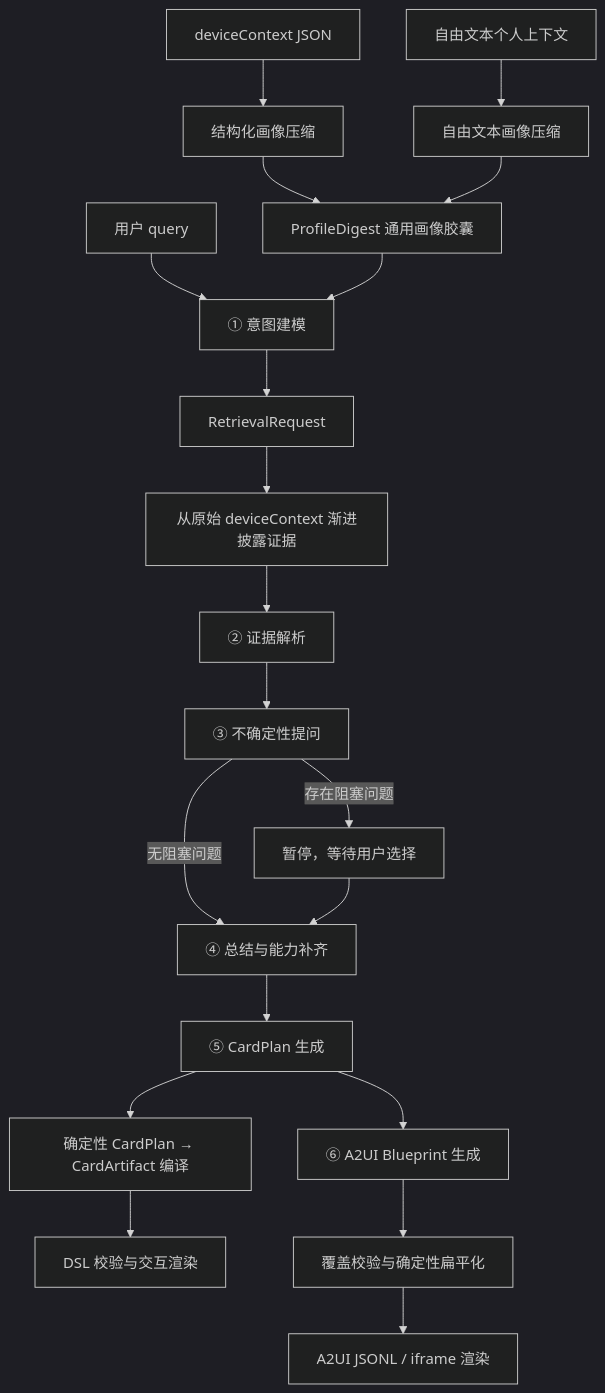
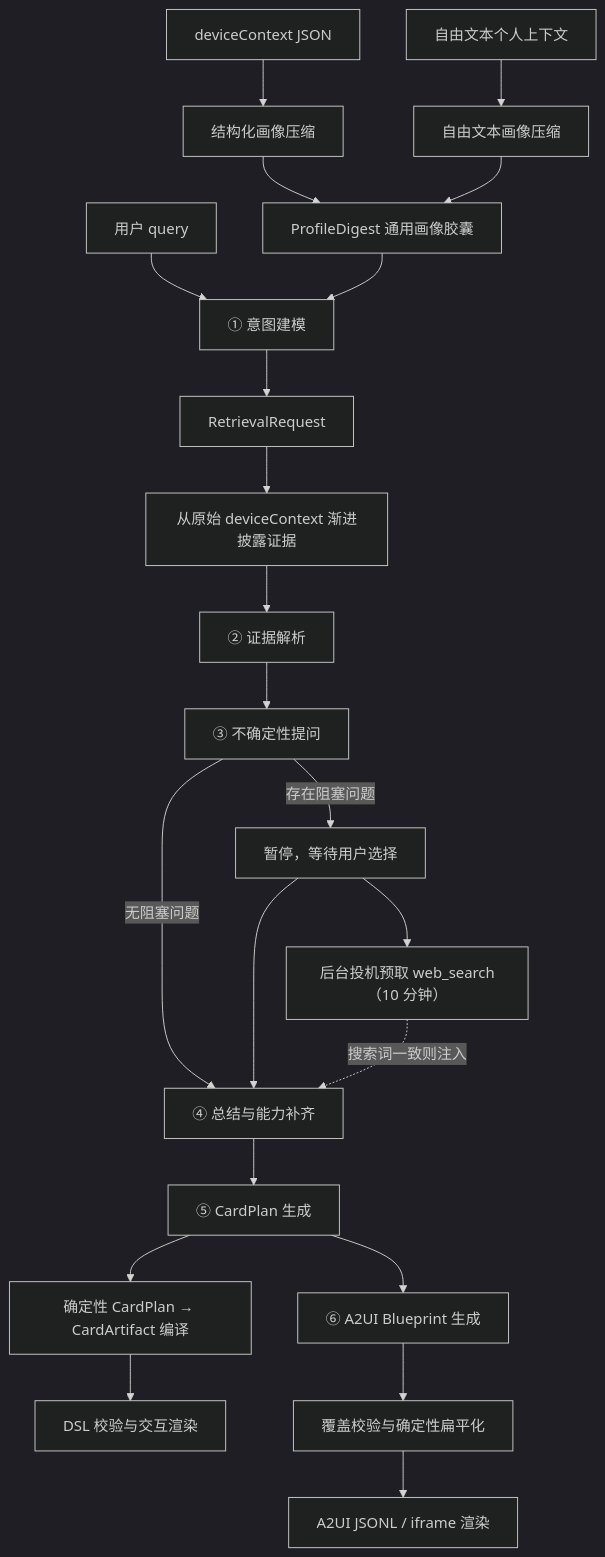
One commit to sxd722/cot-genui changed the diagram in docs/CURRENT-PIPELINE.md. Above: the diagram before and after it, drawn with Mermaid (dark theme). The commit also changed other lines of this file and 5 other files, not shown here.

````diff
--- a/docs/CURRENT-PIPELINE.md
+++ b/docs/CURRENT-PIPELINE.md
@@ -34,29 +34,31 @@
 ```mermaid
 flowchart TD
   Q["用户 query"]
   J["deviceContext JSON"]
   F["自由文本个人上下文"]
 
   J --> P1["结构化画像压缩"]
   F --> P2["自由文本画像压缩"]
   P1 --> PD["ProfileDigest 通用画像胶囊"]
   P2 --> PD
 
   Q --> S1["① 意图建模"]
   PD --> S1
   S1 --> R["RetrievalRequest"]
   R --> RET["从原始 deviceContext 渐进披露证据"]
   RET --> S2["② 证据解析"]
   S2 --> S3["③ 不确定性提问"]
   S3 -->|"无阻塞问题"| S4["④ 总结与能力补齐"]
   S3 -->|"存在阻塞问题"| PAUSE["暂停，等待用户选择"]
+  PAUSE --> PF["后台投机预取 web_search（10 分钟）"]
   PAUSE --> S4
+  PF -. "搜索词一致则注入" .-> S4
   S4 --> CP["⑤ CardPlan 生成"]
 
   CP --> DSL["确定性 CardPlan → CardArtifact 编译"]
   DSL --> DV["DSL 校验与交互渲染"]
 
   CP --> A2["⑥ A2UI Blueprint 生成"]
   A2 --> AC["覆盖校验与确定性扁平化"]
   AC --> AV["A2UI JSONL / iframe 渲染"]
 ```
````
